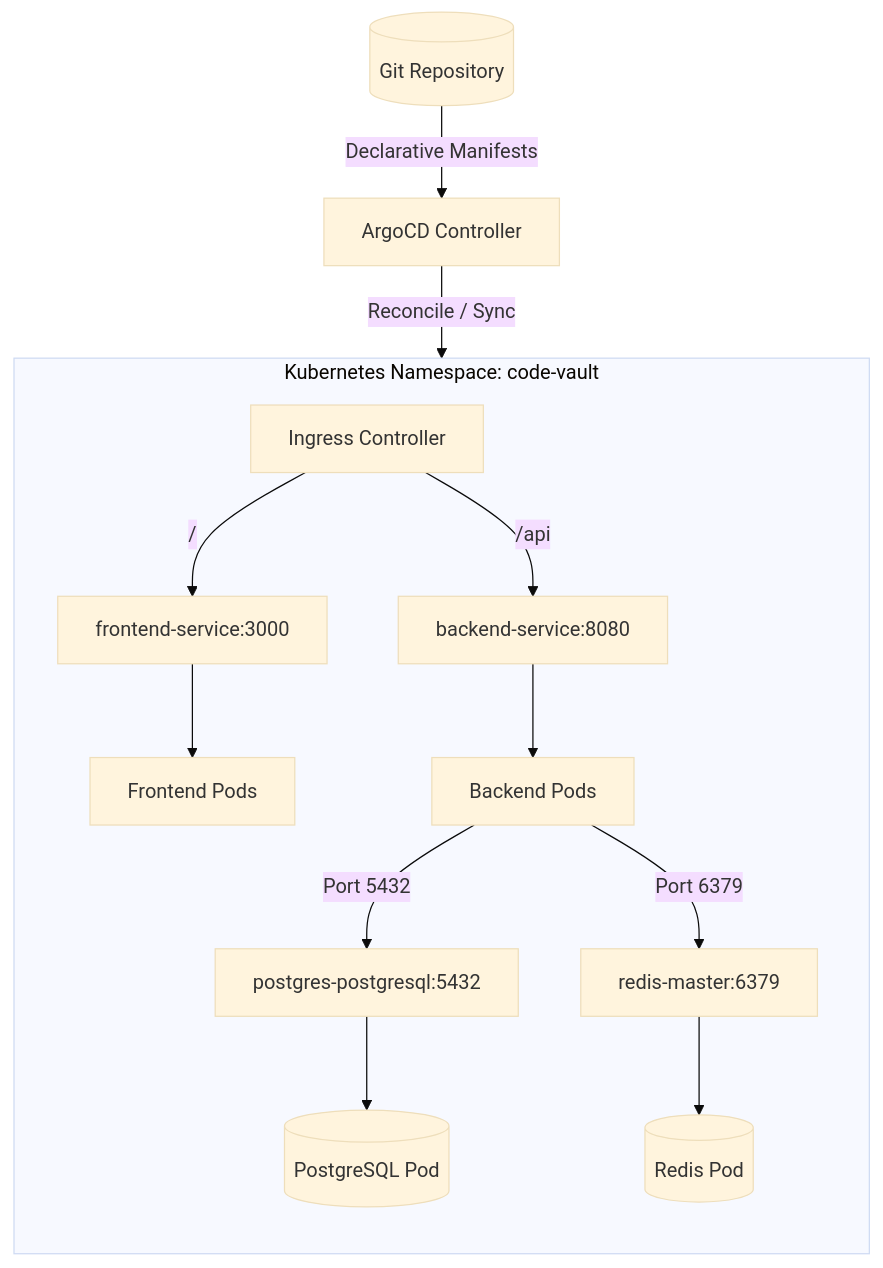
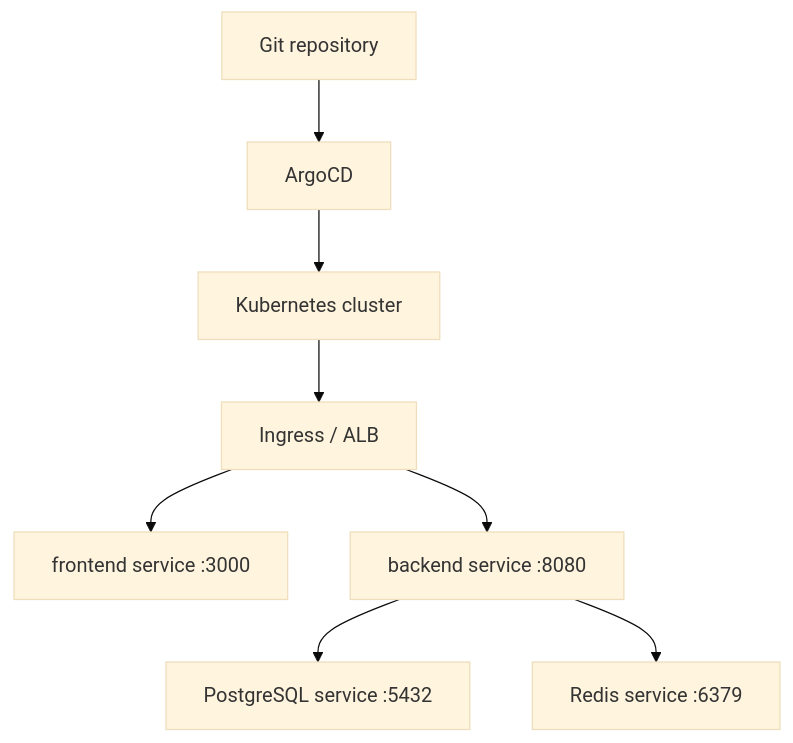
Before and after one commit to Meet-08/code_vault: the diagram in git-ops/README.md, drawn with Mermaid (base theme). The commit also changed other lines of this file and 8 other files, not shown here.

Commit message:
feat: add GitOps deployment manifests, CI/CD pipeline, and project documentation

````diff
--- a/git-ops/README.md
+++ b/git-ops/README.md
@@ -13,17 +24,10 @@
 ```mermaid
 graph TD
-    Repo[(Git Repository)] -->|Declarative Manifests| ArgoCD[ArgoCD Controller]
-    ArgoCD -->|Reconcile / Sync| K8s[Kubernetes Cluster]
-    
-    subgraph K8s [Kubernetes Namespace: code-vault]
-        direction TB
-        Ingress[Ingress Controller] -->|/| FeSvc[frontend-service:3000]
-        Ingress -->|/api| BeSvc[backend-service:8080]
-        
-        FeSvc --> FePod[Frontend Pods]
-        BeSvc --> BePod[Backend Pods]
-        
-        BePod -->|Port 5432| PgSvc[postgres-postgresql:5432] --> PgPod[(PostgreSQL Pod)]
-        BePod -->|Port 6379| RdSvc[redis-master:6379] --> RdPod[(Redis Pod)]
-    end
+    repo[Git repository] --> argocd[ArgoCD]
+    argocd --> cluster[Kubernetes cluster]
+    cluster --> ingress[Ingress / ALB]
+    ingress --> frontend[frontend service :3000]
+    ingress --> backend[backend service :8080]
+    backend --> postgres[PostgreSQL service :5432]
+    backend --> redis[Redis service :6379]
 ```
````
